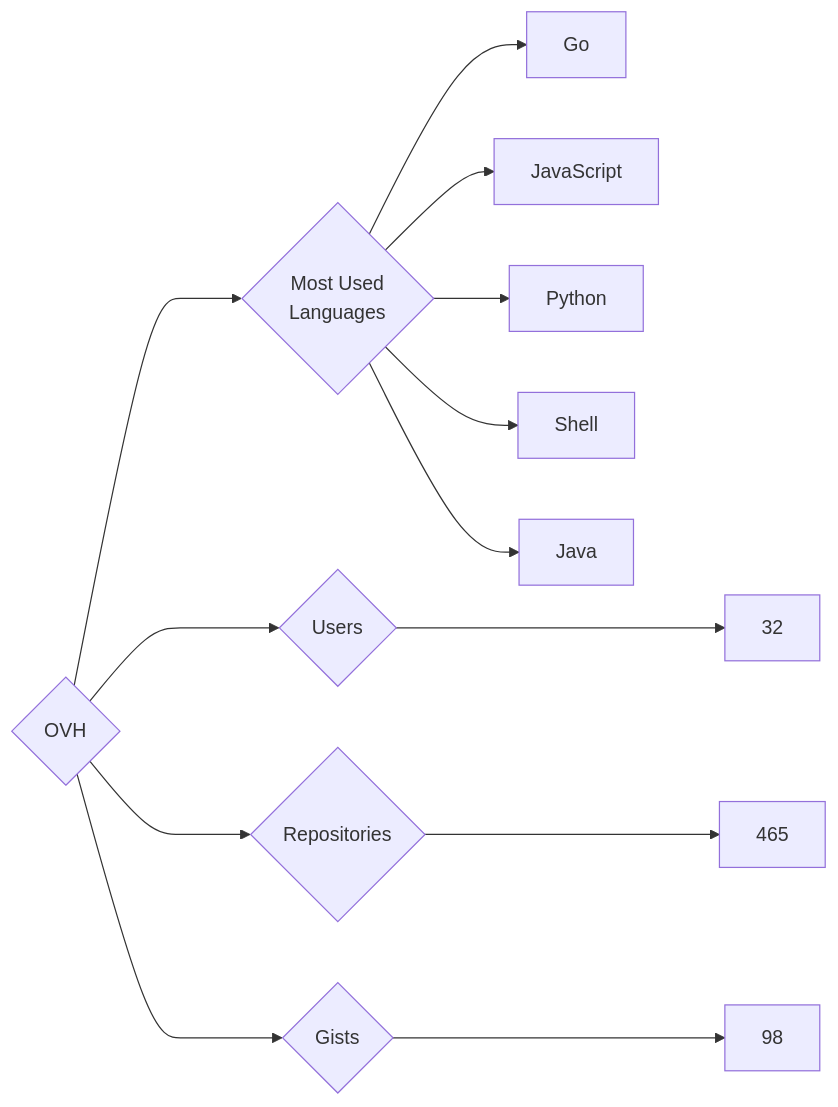
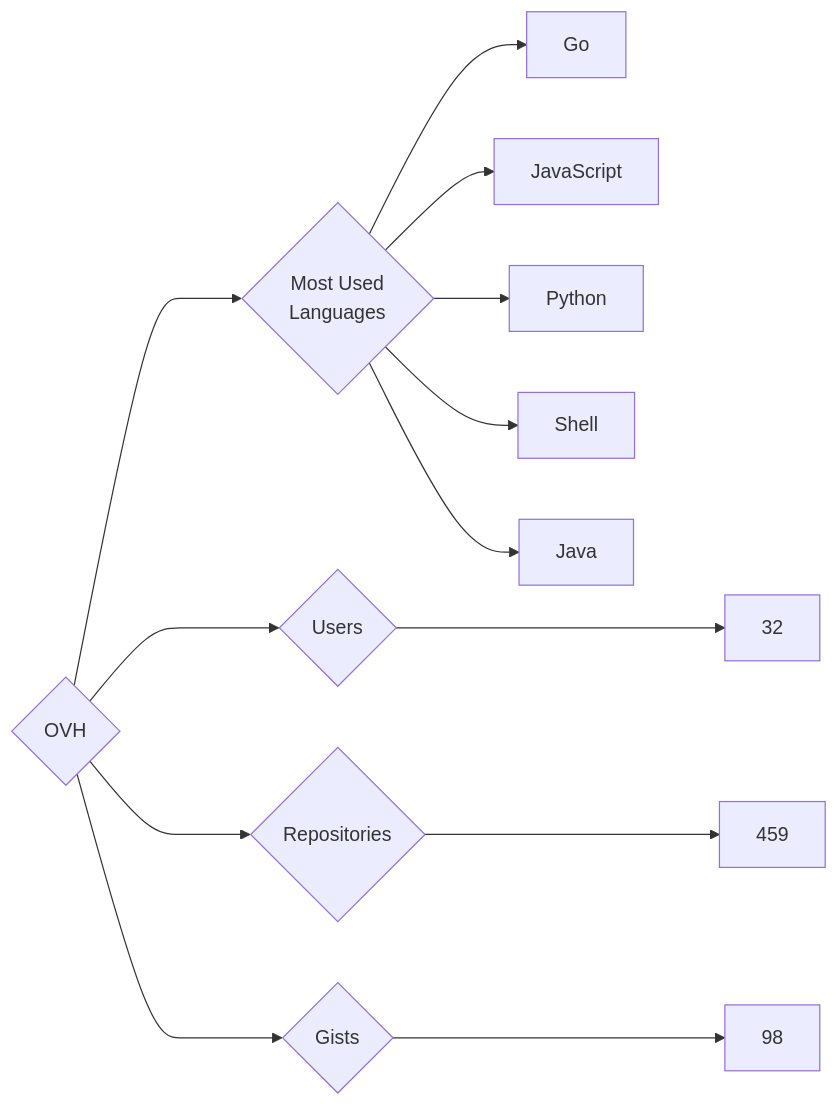
One commit to trickest/insiders changed the diagram in targets/OVH/README.md. Above: the diagram before and after it, drawn with Mermaid. The commit also changed 886 other files, not shown here.

````diff
--- a/targets/OVH/README.md
+++ b/targets/OVH/README.md
@@ -3,13 +3,13 @@
 ```mermaid
 graph LR
 COMPANY_NAME{OVH}
 COMPANY_NAME ---> U{Users} ---> UN[32]
-COMPANY_NAME ---> R{Repositories} ---> RN[465]
+COMPANY_NAME ---> R{Repositories} ---> RN[459]
 COMPANY_NAME ---> G{Gists} ---> GN[98]
 COMPANY_NAME ---> ML{Most Used<br>Languages}
 ML --> Go[Go]
 ML --> JavaScript[JavaScript]
 ML --> Python[Python]
 ML --> Shell[Shell]
 ML --> Java[Java]
 ```
````
